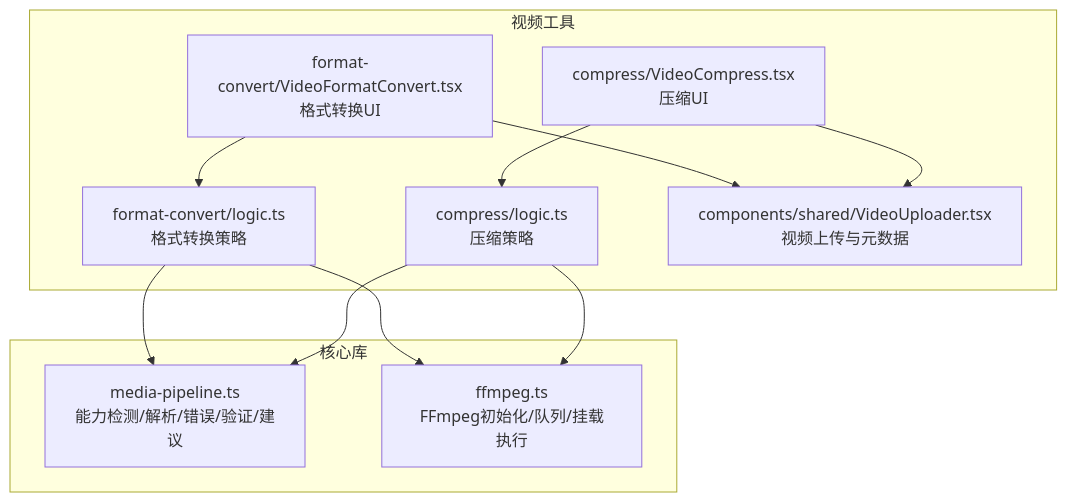
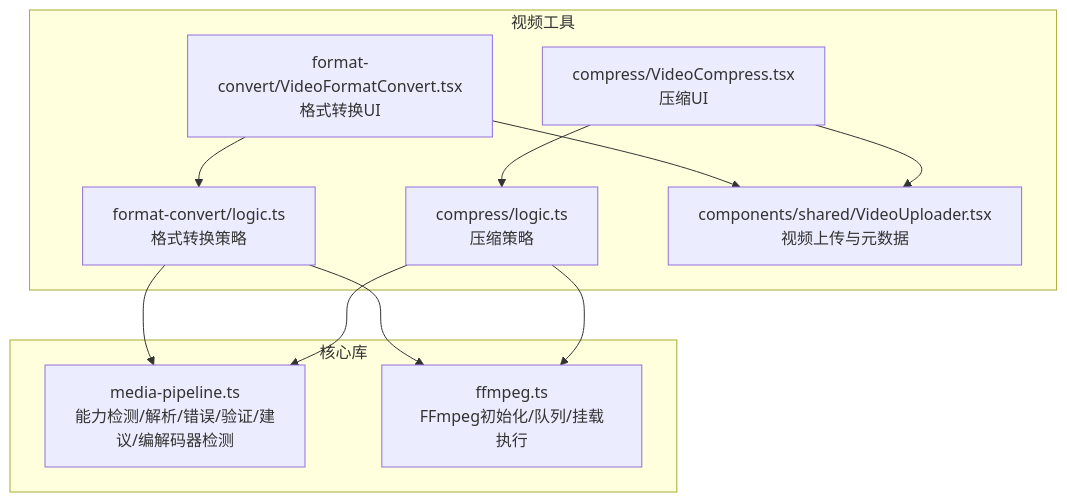
One commit to sgyy/privadeck changed the first of 11 diagrams in .qoder/repowiki/zh/content/核心模块/媒体处理管道.md. Above: the diagram before and after it, drawn with Mermaid. The commit also changed other lines of this file and 10 other files, not shown here.

````diff
--- a/.qoder/repowiki/zh/content/核心模块/媒体处理管道.md
+++ b/.qoder/repowiki/zh/content/核心模块/媒体处理管道.md
@@ -42,22 +51,22 @@
 ```mermaid
 graph TB
 subgraph "核心库"
-MP["media-pipeline.ts<br/>能力检测/解析/错误/验证/建议"]
+MP["media-pipeline.ts<br/>能力检测/解析/错误/验证/建议/编解码器检测"]
 FF["ffmpeg.ts<br/>FFmpeg初始化/队列/挂载执行"]
 end
 subgraph "视频工具"
 FC_LOGIC["format-convert/logic.ts<br/>格式转换策略"]
 FC_UI["format-convert/VideoFormatConvert.tsx<br/>格式转换UI"]
 COMP_LOGIC["compress/logic.ts<br/>压缩策略"]
 COMP_UI["compress/VideoCompress.tsx<br/>压缩UI"]
 UPLOADER["components/shared/VideoUploader.tsx<br/>视频上传与元数据"]
 end
 FC_UI --> FC_LOGIC
 COMP_UI --> COMP_LOGIC
 FC_LOGIC --> MP
 COMP_LOGIC --> MP
 FC_LOGIC --> FF
 COMP_LOGIC --> FF
 FC_UI --> UPLOADER
 COMP_UI --> UPLOADER
 ```
````
